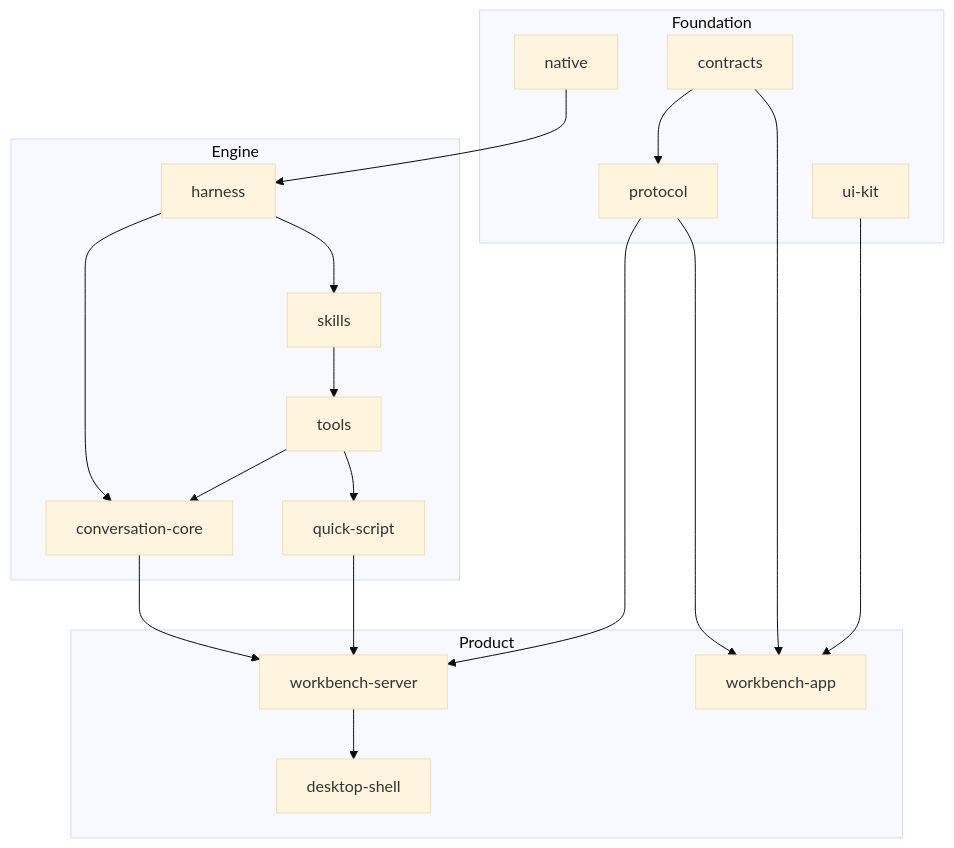
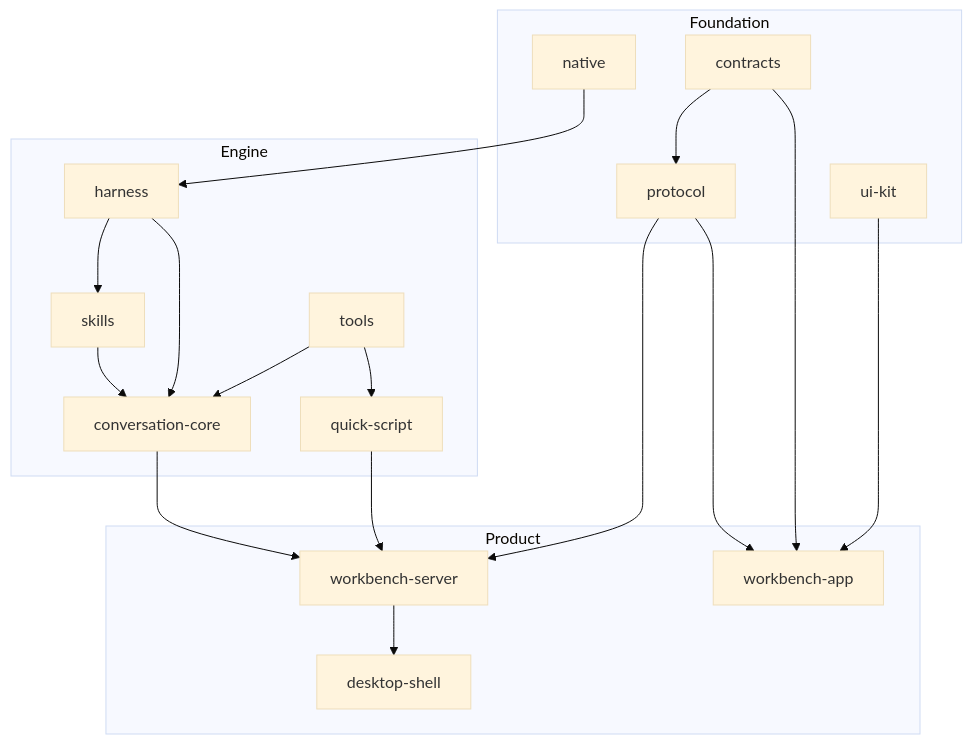
Before and after one commit to ThilinaTLM/nerve: the diagram in docs/architecture/codebase.md, drawn with Mermaid (base theme). The commit also changed other lines of this file and 330 other files, not shown here.

````diff
--- a/docs/architecture/codebase.md
+++ b/docs/architecture/codebase.md
@@ -5,28 +5,28 @@
 ```mermaid
 flowchart TB
   subgraph Foundation
     contracts
     protocol
     native
     ui-kit
   end
   subgraph Engine
     harness --> skills
-    skills --> tools
+    skills --> conversation-core
     tools --> quick-script
     harness --> conversation-core
     tools --> conversation-core
   end
   subgraph Product
     workbench-server --> desktop-shell
     workbench-app
   end
   contracts --> protocol
   native --> harness
   conversation-core --> workbench-server
   quick-script --> workbench-server
   protocol --> workbench-server
   protocol --> workbench-app
   contracts --> workbench-app
   ui-kit --> workbench-app
 ```
````
